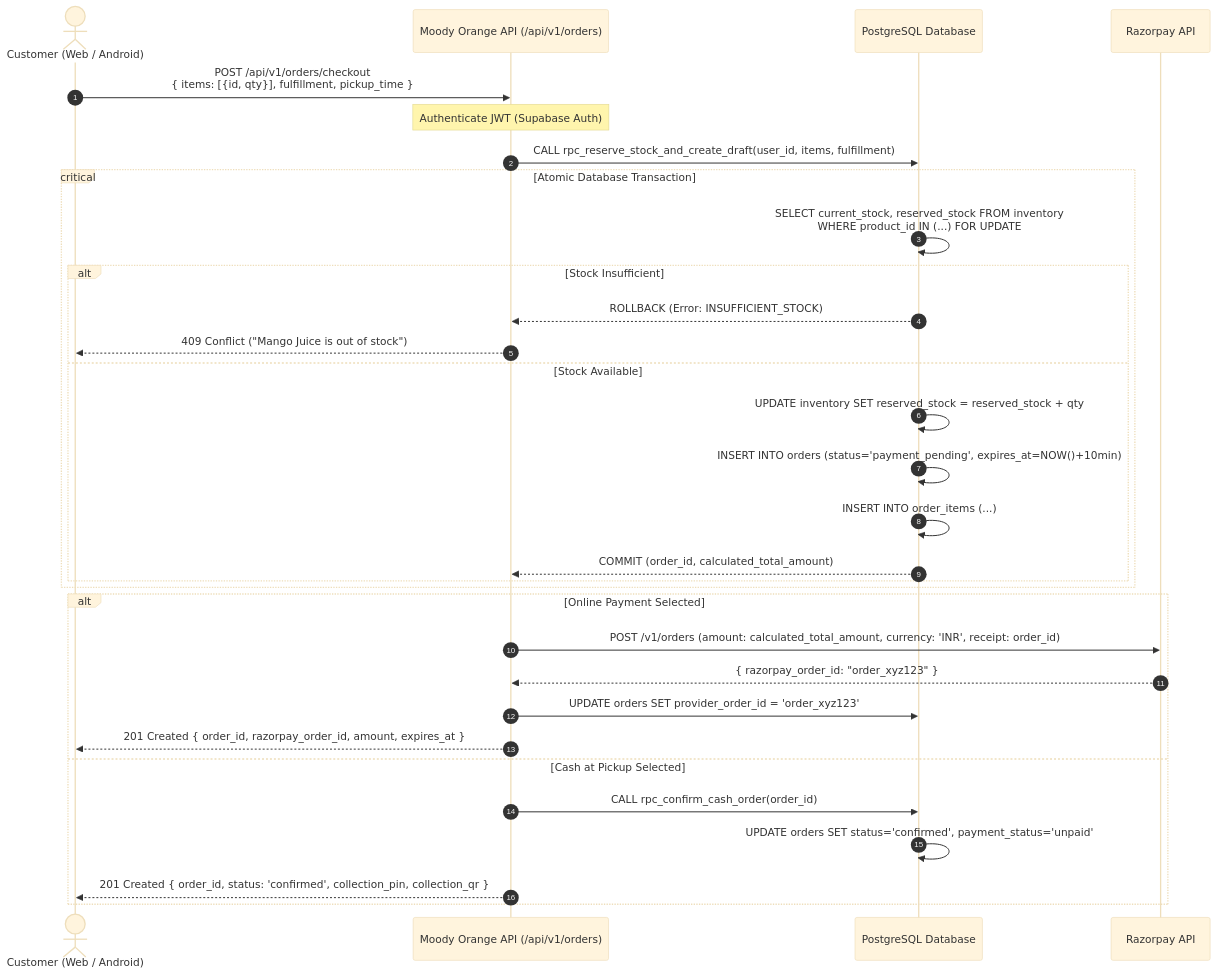
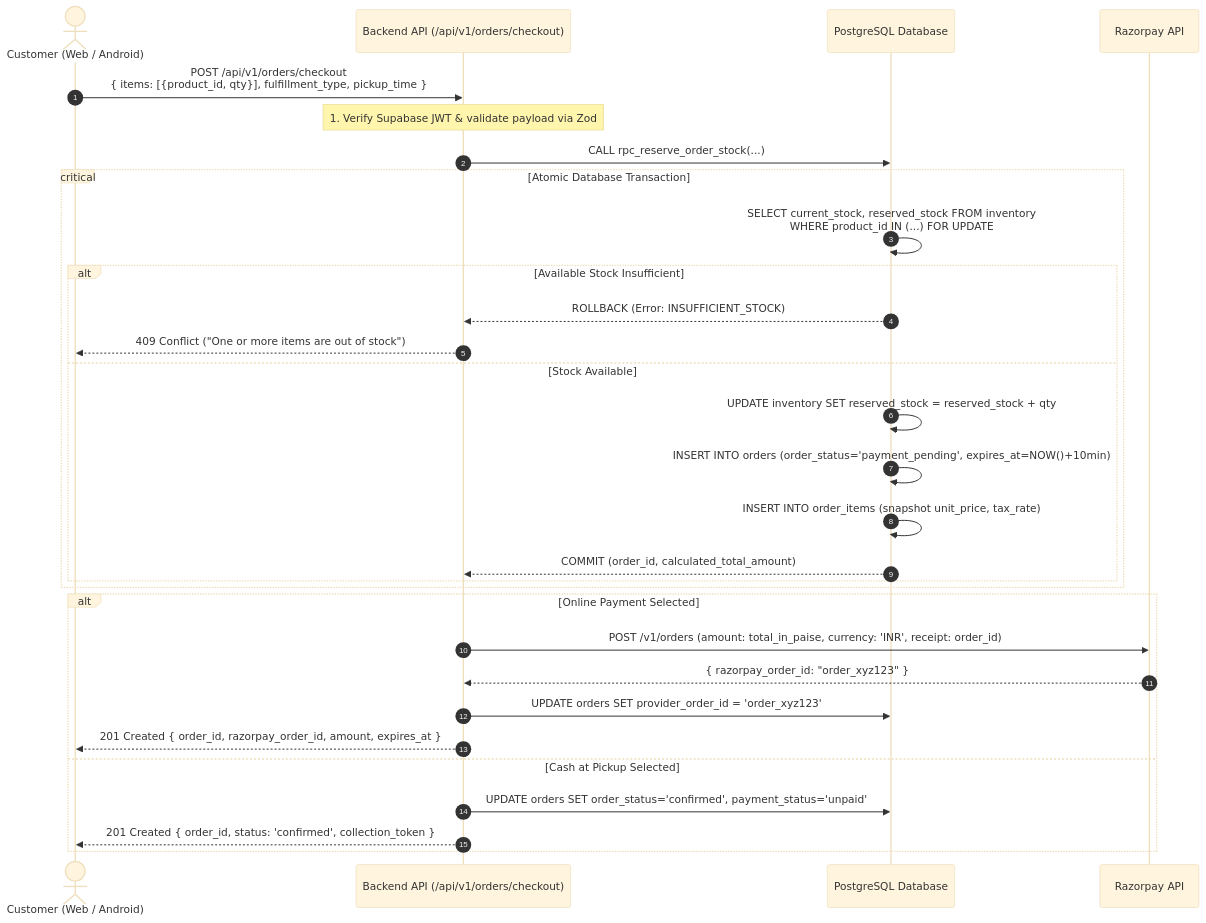
Before and after one commit to AbhinavKumar36/orange: the second of 5 diagrams in docs/phase-0/SYSTEM_ARCHITECTURE.md, drawn with Mermaid (base theme). The commit also changed other lines of this file and 9 other files, not shown here.

Commit message:
docs(phase-0.1): revise architecture, decouple backend-api, clarify inventory lifecycle, and tag requirements

````diff
--- a/docs/phase-0/SYSTEM_ARCHITECTURE.md
+++ b/docs/phase-0/SYSTEM_ARCHITECTURE.md
@@ -124,36 +158,35 @@
 ```mermaid
 sequenceDiagram
     autonumber
     actor Customer as Customer (Web / Android)
-    participant API as Moody Orange API (/api/v1/orders)
+    participant API as Backend API (/api/v1/orders/checkout)
     participant DB as PostgreSQL Database
     participant RP as Razorpay API
 
-    Customer->>API: POST /api/v1/orders/checkout<br/>{ items: [{id, qty}], fulfillment, pickup_time }
-    Note over API: Authenticate JWT (Supabase Auth)
-    API->>DB: CALL rpc_reserve_stock_and_create_draft(user_id, items, fulfillment)
+    Customer->>API: POST /api/v1/orders/checkout<br/>{ items: [{product_id, qty}], fulfillment_type, pickup_time }
+    Note over API: 1. Verify Supabase JWT & validate payload via Zod
+    API->>DB: CALL rpc_reserve_order_stock(...)
     
     critical Atomic Database Transaction
         DB->>DB: SELECT current_stock, reserved_stock FROM inventory<br/>WHERE product_id IN (...) FOR UPDATE
-        alt Stock Insufficient
+        alt Available Stock Insufficient
             DB-->>API: ROLLBACK (Error: INSUFFICIENT_STOCK)
-            API-->>Customer: 409 Conflict ("Mango Juice is out of stock")
+            API-->>Customer: 409 Conflict ("One or more items are out of stock")
         else Stock Available
             DB->>DB: UPDATE inventory SET reserved_stock = reserved_stock + qty
-            DB->>DB: INSERT INTO orders (status='payment_pending', expires_at=NOW()+10min)
-            DB->>DB: INSERT INTO order_items (...)
+            DB->>DB: INSERT INTO orders (order_status='payment_pending', expires_at=NOW()+10min)
+            DB->>DB: INSERT INTO order_items (snapshot unit_price, tax_rate)
             DB-->>API: COMMIT (order_id, calculated_total_amount)
         end
     end
 
     alt Online Payment Selected
-        API->>RP: POST /v1/orders (amount: calculated_total_amount, currency: 'INR', receipt: order_id)
+        API->>RP: POST /v1/orders (amount: total_in_paise, currency: 'INR', receipt: order_id)
         RP-->>API: { razorpay_order_id: "order_xyz123" }
         API->>DB: UPDATE orders SET provider_order_id = 'order_xyz123'
         API-->>Customer: 201 Created { order_id, razorpay_order_id, amount, expires_at }
     else Cash at Pickup Selected
-        API->>DB: CALL rpc_confirm_cash_order(order_id)
-        DB->>DB: UPDATE orders SET status='confirmed', payment_status='unpaid'
-        API-->>Customer: 201 Created { order_id, status: 'confirmed', collection_pin, collection_qr }
+        API->>DB: UPDATE orders SET order_status='confirmed', payment_status='unpaid'
+        API-->>Customer: 201 Created { order_id, status: 'confirmed', collection_token }
     end
 ```
````
